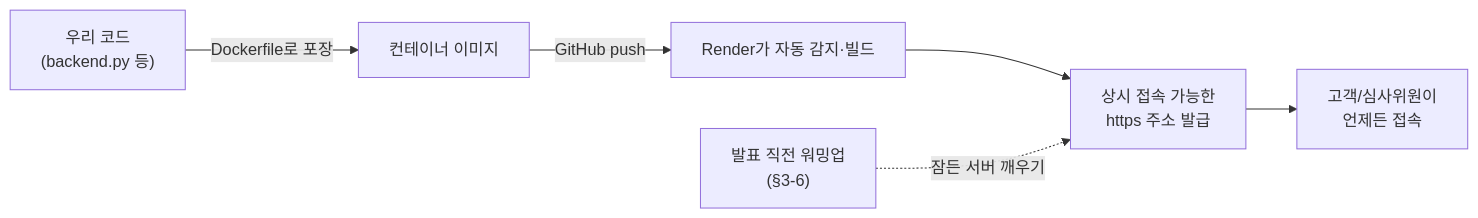
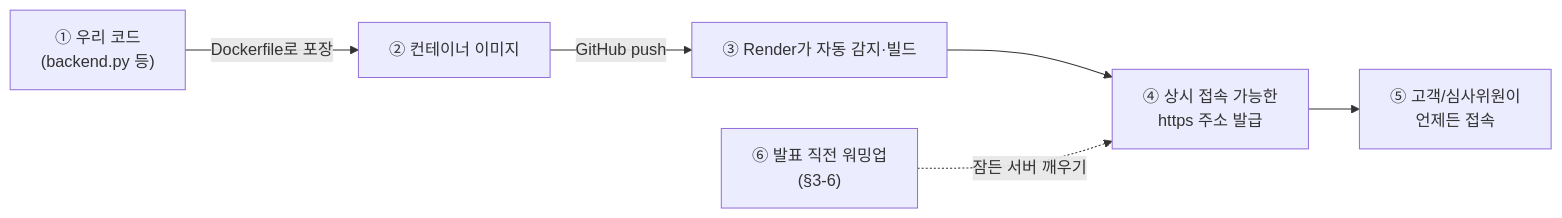
Before and after one commit to kyungsikjeung/agt001: the diagram in docs/hackathon/deployment/RENDER_DEPLOY.md, drawn with Mermaid. The commit also changed other lines of this file and 1 other file, not shown here.

Commit message:
Add explanation tables for flowchart nodes, extend diagram-numbering rule
Extend the standing numbering rule (previously applied to sequence
diagrams only) to flowcharts: every node must be numbered and explained
in a table below the diagram. Add the missing table under the README
system-blueprint flowchart (① candidate node was already numbered, table
was missing) and number + explain the Render deployment flow in
RENDER_DEPLOY.md §0.

````diff
--- a/docs/hackathon/deployment/RENDER_DEPLOY.md
+++ b/docs/hackathon/deployment/RENDER_DEPLOY.md
@@ -34,8 +34,8 @@
 ```mermaid
 flowchart LR
-    A["우리 코드\n(backend.py 등)"] -->|"Dockerfile로 포장"| B["컨테이너 이미지"]
-    B -->|"GitHub push"| C["Render가 자동 감지·빌드"]
-    C --> D["상시 접속 가능한\nhttps 주소 발급"]
-    D --> E["고객/심사위원이\n언제든 접속"]
-    F["발표 직전 워밍업\n(§3-6)"] -.잠든 서버 깨우기.-> D
+    A["① 우리 코드\n(backend.py 등)"] -->|"Dockerfile로 포장"| B["② 컨테이너 이미지"]
+    B -->|"GitHub push"| C["③ Render가 자동 감지·빌드"]
+    C --> D["④ 상시 접속 가능한\nhttps 주소 발급"]
+    D --> E["⑤ 고객/심사위원이\n언제든 접속"]
+    F["⑥ 발표 직전 워밍업\n(§3-6)"] -.잠든 서버 깨우기.-> D
 ```
````
